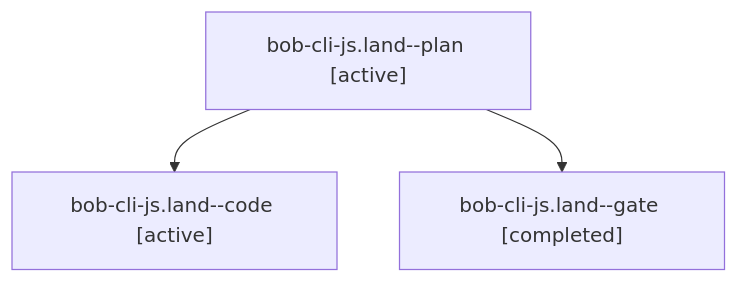
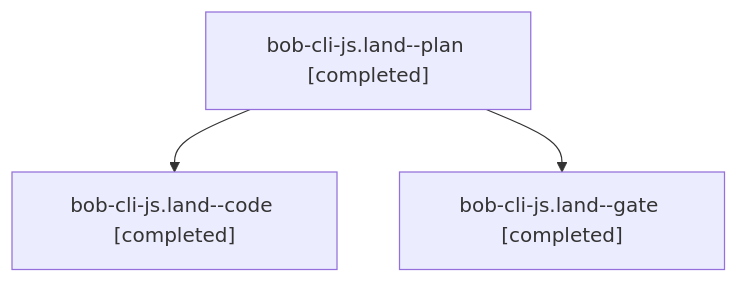
The diagram in sessions/bbugyi200.apollo.bob-cli-js.land.md (bobs-org/bob-cli--agents), drawn with Mermaid before and after one commit. The commit also changed other lines of this file and 27 other files, not shown here.

````diff
--- a/sessions/bbugyi200.apollo.bob-cli-js.land.md
+++ b/sessions/bbugyi200.apollo.bob-cli-js.land.md
@@ -9,8 +9,8 @@
 ```mermaid
 flowchart TD
-  n0["bob-cli-js.land--plan [active]"]
-  n1["bob-cli-js.land--code [active]"]
+  n0["bob-cli-js.land--plan [completed]"]
+  n1["bob-cli-js.land--code [completed]"]
   n0 --> n1
   n2["bob-cli-js.land--gate [completed]"]
   n0 --> n2
 ```
````
